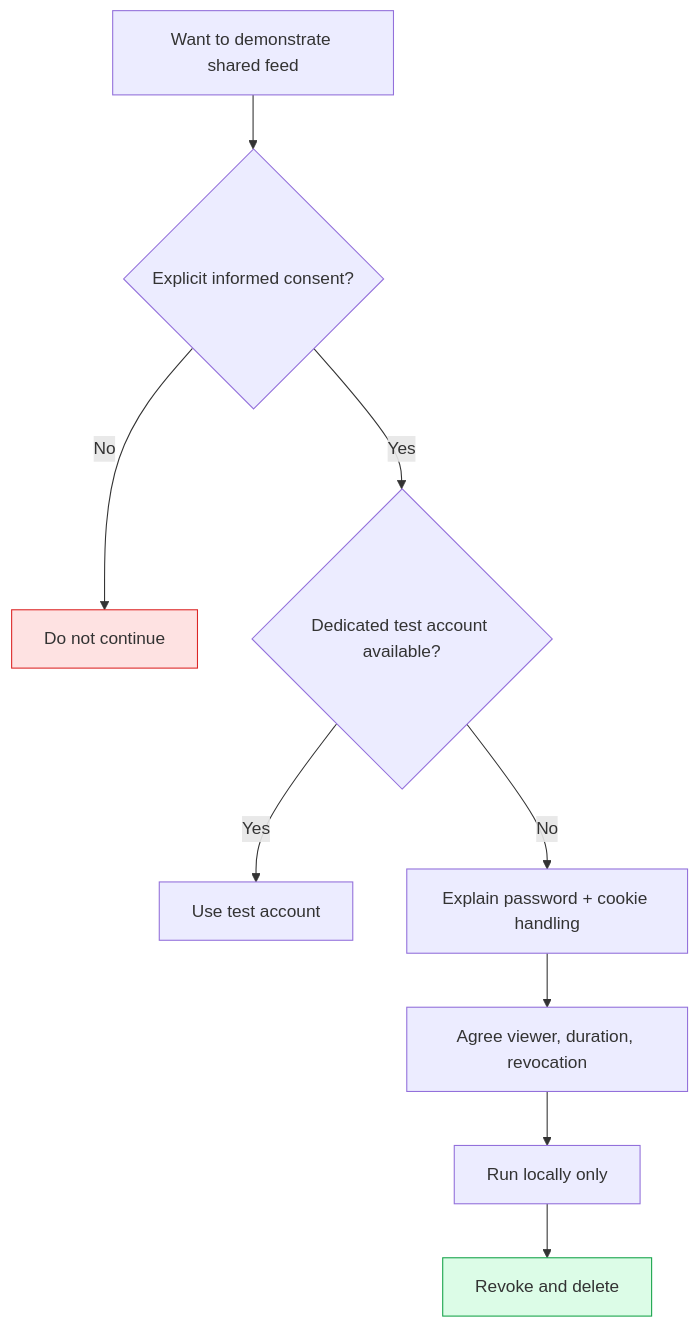
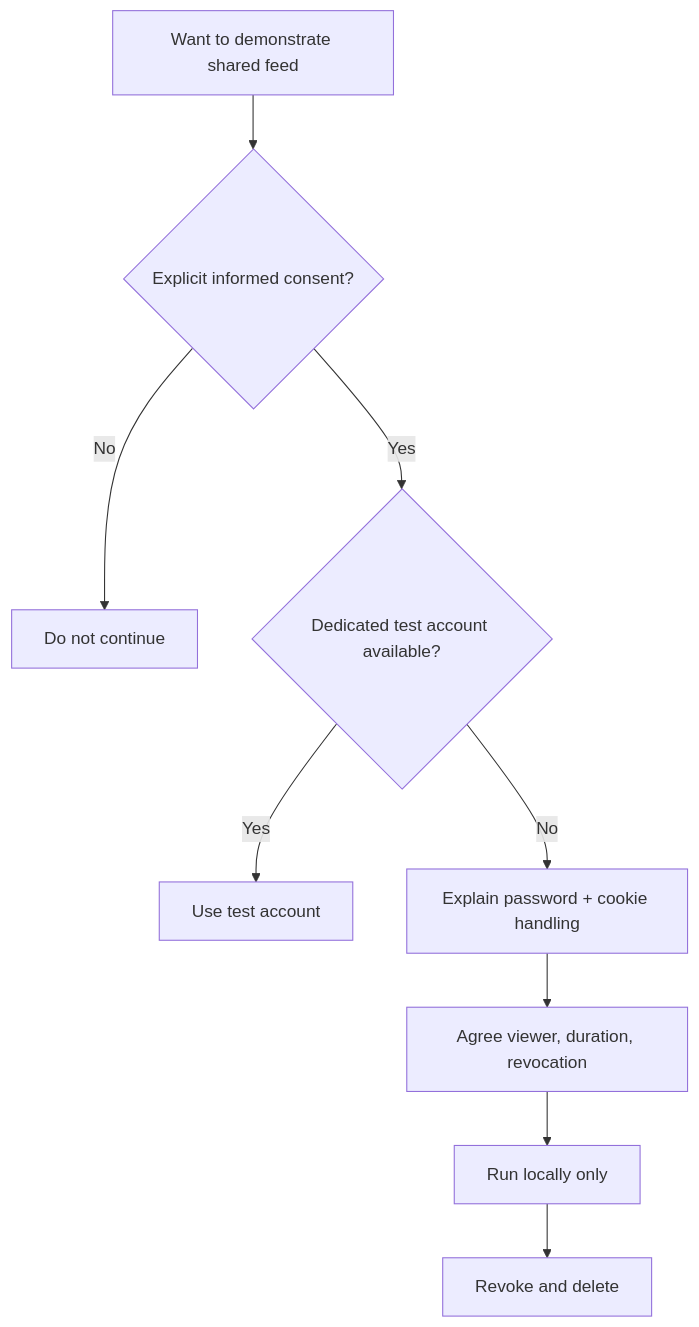
Before and after one commit to SidheshwarSarangal/X_feed_extension: the second of 7 diagrams in docs/security-and-privacy.md, drawn with Mermaid. The commit also changed other lines of this file and 4 other files, not shown here.

````diff
--- a/docs/security-and-privacy.md
+++ b/docs/security-and-privacy.md
@@ -28,14 +23,12 @@
 ```mermaid
 flowchart TD
     Start[Want to demonstrate shared feed] --> Consent{Explicit informed consent?}
     Consent -->|No| Stop[Do not continue]
     Consent -->|Yes| Test{Dedicated test account available?}
     Test -->|Yes| UseTest[Use test account]
     Test -->|No| Explain[Explain password + cookie handling]
     Explain --> Scope[Agree viewer, duration, revocation]
     Scope --> Run[Run locally only]
     Run --> Cleanup[Revoke and delete]
 
-    style Stop fill:#fee2e2,stroke:#dc2626
-    style Cleanup fill:#dcfce7,stroke:#16a34a
 ```
````
